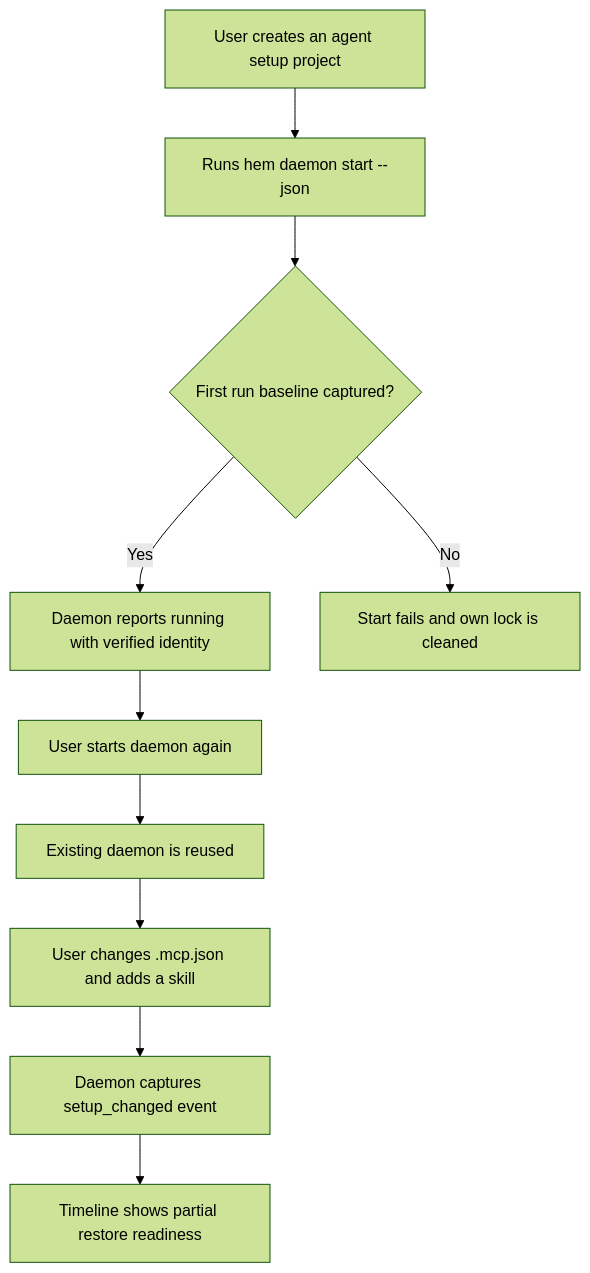
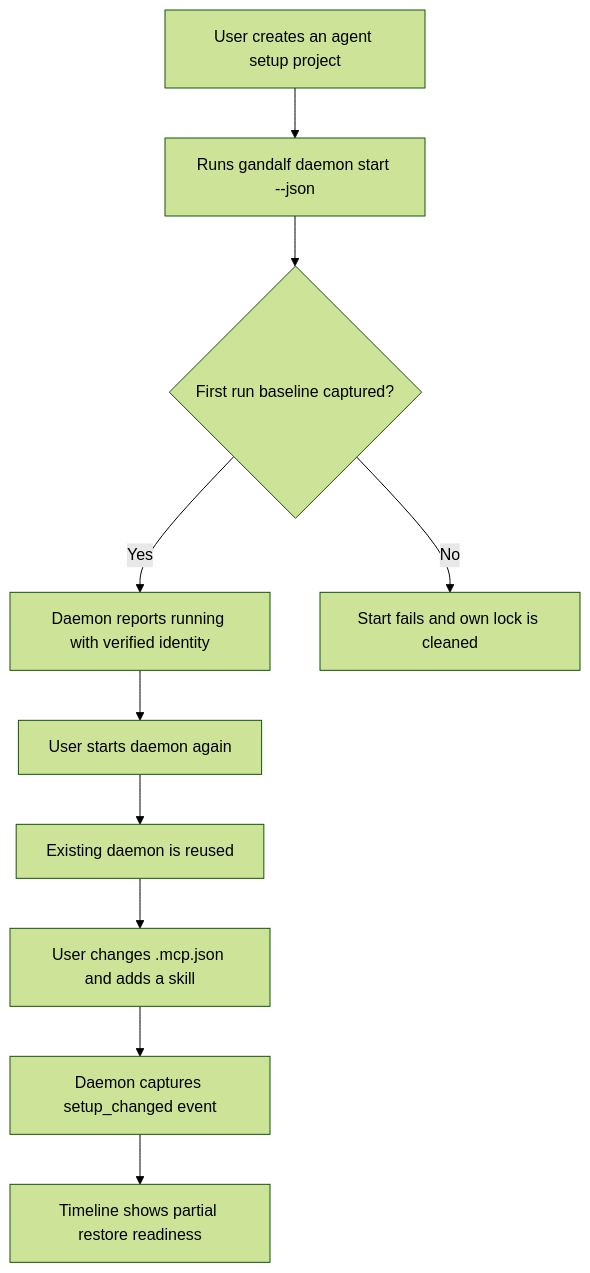
The first of 4 diagrams in docs/dogfood-reports/2026-06-08-main-daemon-timeline-dogfood.md (qyinm/gandalf), drawn with Mermaid (forest theme) before and after one commit. The commit also changed other lines of this file and 338 other files, not shown here.

First line of the commit message:
refactor: rename Hem to Gandalf (#10)

````diff
--- a/docs/dogfood-reports/2026-06-08-main-daemon-timeline-dogfood.md
+++ b/docs/dogfood-reports/2026-06-08-main-daemon-timeline-dogfood.md
@@ -24,12 +24,12 @@
 ```mermaid
 flowchart TD
-    A[User creates an agent setup project] --> B[Runs hem daemon start --json]
+    A[User creates an agent setup project] --> B[Runs gandalf daemon start --json]
     B --> C{First run baseline captured?}
     C -->|Yes| D[Daemon reports running with verified identity]
     C -->|No| E[Start fails and own lock is cleaned]
     D --> F[User starts daemon again]
     F --> G[Existing daemon is reused]
     G --> H[User changes .mcp.json and adds a skill]
     H --> I[Daemon captures setup_changed event]
     I --> J[Timeline shows partial restore readiness]
 ```
````
